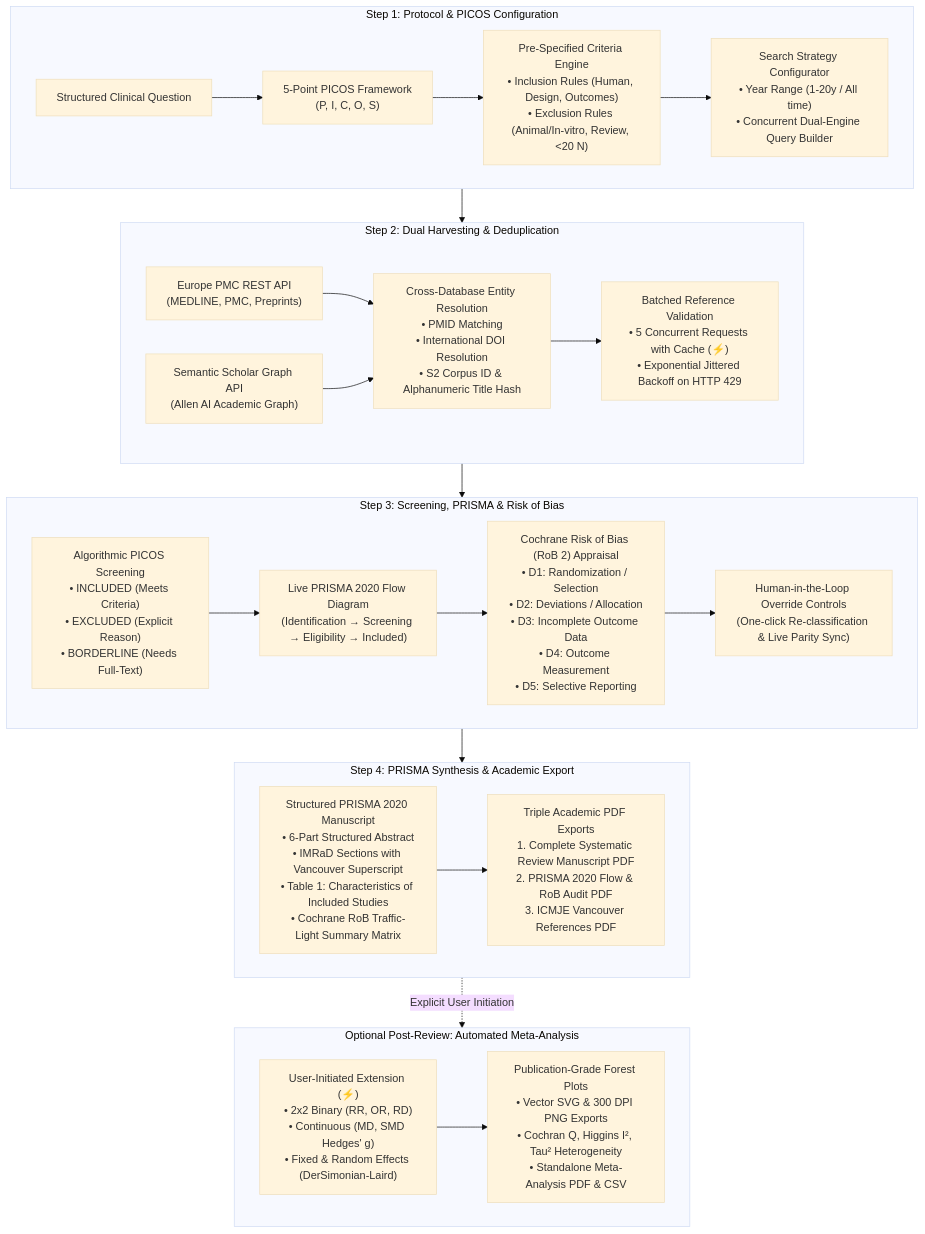
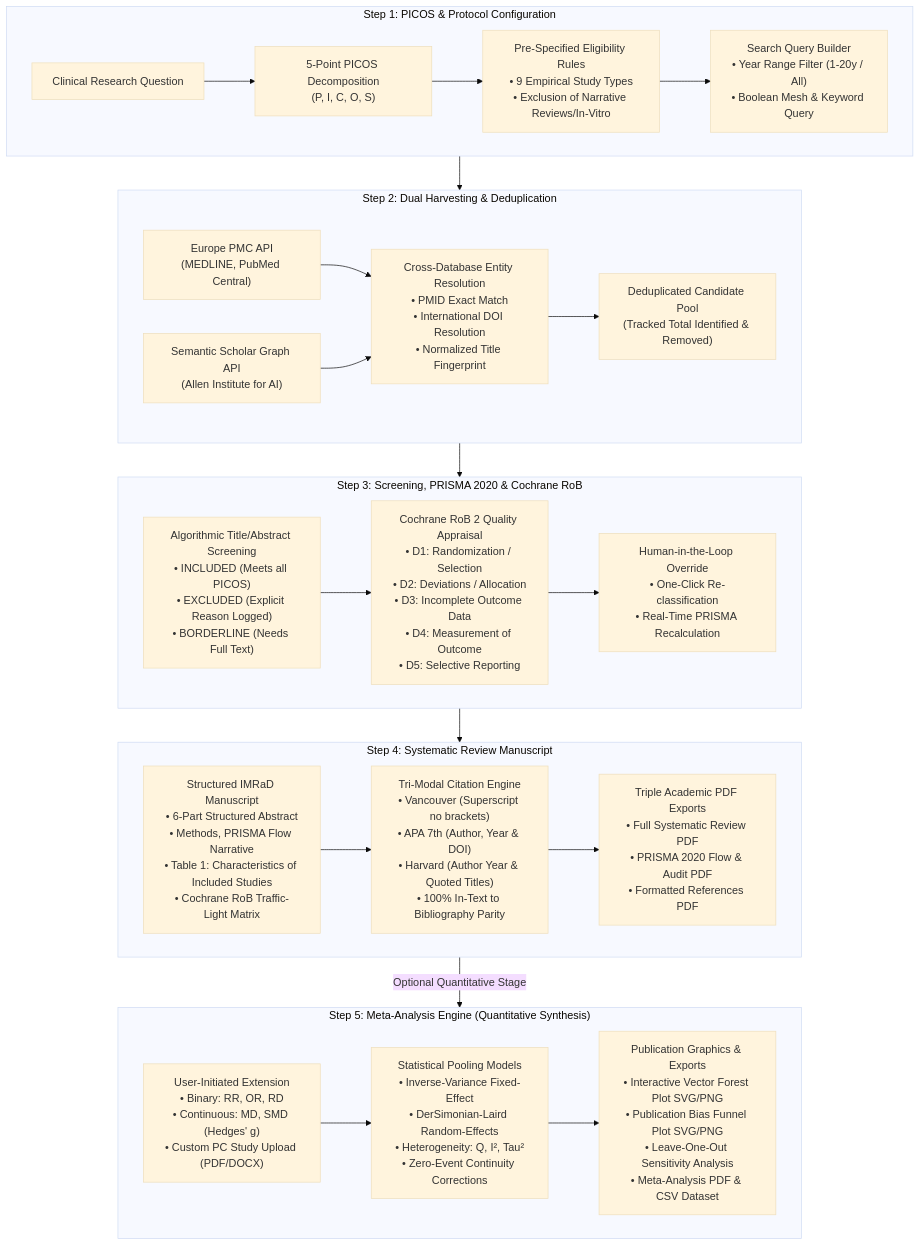
Before and after one commit to roroleaks/Sysrevai: the first of 4 diagrams in README.md, drawn with Mermaid (base theme). The commit also changed other lines of this file, not shown here.

Commit message:
Rewrite comprehensive README with 5-step pipeline architecture and complete workflow diagrams

````diff
--- a/README.md
+++ b/README.md
@@ -53,32 +101,31 @@
 ```mermaid
 flowchart TD
-    subgraph Step1["Step 1: Protocol & PICOS Configuration"]
-        A1["Structured Clinical Question"] --> A2["5-Point PICOS Framework<br/>(P, I, C, O, S)"]
-        A2 --> A3["Pre-Specified Criteria Engine<br/>• Inclusion Rules (Human, Design, Outcomes)<br/>• Exclusion Rules (Animal/In-vitro, Review, <20 N)"]
-        A3 --> A4["Search Strategy Configurator<br/>• Year Range (1-20y / All time)<br/>• Concurrent Dual-Engine Query Builder"]
+    subgraph S1["Step 1: PICOS & Protocol Configuration"]
+        A1["Clinical Research Question"] --> A2["5-Point PICOS Decomposition<br/>(P, I, C, O, S)"]
+        A2 --> A3["Pre-Specified Eligibility Rules<br/>• 9 Empirical Study Types<br/>• Exclusion of Narrative Reviews/In-Vitro"]
+        A3 --> A4["Search Query Builder<br/>• Year Range Filter (1-20y / All)<br/>• Boolean Mesh & Keyword Query"]
     end
 
-    subgraph Step2["Step 2: Dual Harvesting & Deduplication"]
-        B1["Europe PMC REST API<br/>(MEDLINE, PMC, Preprints)"] & B2["Semantic Scholar Graph API<br/>(Allen AI Academic Graph)"] --> B3["Cross-Database Entity Resolution<br/>• PMID Matching<br/>• International DOI Resolution<br/>• S2 Corpus ID & Alphanumeric Title Hash"]
-        B3 --> B4["Batched Reference Validation<br/>• 5 Concurrent Requests with Cache (⚡)<br/>• Exponential Jittered Backoff on HTTP 429"]
+    subgraph S2["Step 2: Dual Harvesting & Deduplication"]
+        B1["Europe PMC API<br/>(MEDLINE, PubMed Central)"] & B2["Semantic Scholar Graph API<br/>(Allen Institute for AI)"] --> B3["Cross-Database Entity Resolution<br/>• PMID Exact Match<br/>• International DOI Resolution<br/>• Normalized Title Fingerprint"]
+        B3 --> B4["Deduplicated Candidate Pool<br/>(Tracked Total Identified & Removed)"]
     end
 
-    subgraph Step3["Step 3: Screening, PRISMA & Risk of Bias"]
-        C1["Algorithmic PICOS Screening<br/>• INCLUDED (Meets Criteria)<br/>• EXCLUDED (Explicit Reason)<br/>• BORDERLINE (Needs Full-Text)"] --> C2["Live PRISMA 2020 Flow Diagram<br/>(Identification → Screening → Eligibility → Included)"]
-        C2 --> C3["Cochrane Risk of Bias (RoB 2) Appraisal<br/>• D1: Randomization / Selection<br/>• D2: Deviations / Allocation<br/>• D3: Incomplete Outcome Data<br/>• D4: Outcome Measurement<br/>• D5: Selective Reporting"]
-        C3 --> C4["Human-in-the-Loop Override Controls<br/>(One-click Re-classification & Live Parity Sync)"]
+    subgraph S3["Step 3: Screening, PRISMA 2020 & Cochrane RoB"]
+        C1["Algorithmic Title/Abstract Screening<br/>• INCLUDED (Meets all PICOS)<br/>• EXCLUDED (Explicit Reason Logged)<br/>• BORDERLINE (Needs Full Text)"] --> C2["Cochrane RoB 2 Quality Appraisal<br/>• D1: Randomization / Selection<br/>• D2: Deviations / Allocation<br/>• D3: Incomplete Outcome Data<br/>• D4: Measurement of Outcome<br/>• D5: Selective Reporting"]
+        C2 --> C3["Human-in-the-Loop Override<br/>• One-Click Re-classification<br/>• Real-Time PRISMA Recalculation"]
     end
 
-    subgraph Step4["Step 4: PRISMA Synthesis & Academic Export"]
-        D1["Structured PRISMA 2020 Manuscript<br/>• 6-Part Structured Abstract<br/>• IMRaD Sections with Vancouver Superscript<br/>• Table 1: Characteristics of Included Studies<br/>• Cochrane RoB Traffic-Light Summary Matrix"]
-        D1 --> D2["Triple Academic PDF Exports<br/>1. Complete Systematic Review Manuscript PDF<br/>2. PRISMA 2020 Flow & RoB Audit PDF<br/>3. ICMJE Vancouver References PDF"]
+    subgraph S4["Step 4: Systematic Review Manuscript"]
+        D1["Structured IMRaD Manuscript<br/>• 6-Part Structured Abstract<br/>• Methods, PRISMA Flow Narrative<br/>• Table 1: Characteristics of Included Studies<br/>• Cochrane RoB Traffic-Light Matrix"] --> D2["Tri-Modal Citation Engine<br/>• Vancouver (Superscript no brackets)<br/>• APA 7th (Author, Year & DOI)<br/>• Harvard (Author Year & Quoted Titles)<br/>• 100% In-Text to Bibliography Parity"]
+        D2 --> D3["Triple Academic PDF Exports<br/>• Full Systematic Review PDF<br/>• PRISMA 2020 Flow & Audit PDF<br/>• Formatted References PDF"]
     end
 
-    subgraph Step5["Optional Post-Review: Automated Meta-Analysis"]
-        E1["User-Initiated Extension (⚡)<br/>• 2x2 Binary (RR, OR, RD)<br/>• Continuous (MD, SMD Hedges' g)<br/>• Fixed & Random Effects (DerSimonian-Laird)"]
-        E1 --> E2["Publication-Grade Forest Plots<br/>• Vector SVG & 300 DPI PNG Exports<br/>• Cochran Q, Higgins I², Tau² Heterogeneity<br/>• Standalone Meta-Analysis PDF & CSV"]
+    subgraph S5["Step 5: Meta-Analysis Engine (Quantitative Synthesis)"]
+        E1["User-Initiated Extension<br/>• Binary: RR, OR, RD<br/>• Continuous: MD, SMD (Hedges' g)<br/>• Custom PC Study Upload (PDF/DOCX)"] --> E2["Statistical Pooling Models<br/>• Inverse-Variance Fixed-Effect<br/>• DerSimonian-Laird Random-Effects<br/>• Heterogeneity: Q, I², Tau²<br/>• Zero-Event Continuity Corrections"]
+        E2 --> E3["Publication Graphics & Exports<br/>• Interactive Vector Forest Plot SVG/PNG<br/>• Publication Bias Funnel Plot SVG/PNG<br/>• Leave-One-Out Sensitivity Analysis<br/>• Meta-Analysis PDF & CSV Dataset"]
     end
 
-    Step1 --> Step2 --> Step3 --> Step4
-    Step4 -. "Explicit User Initiation" .-> Step5
+    S1 --> S2 --> S3 --> S4
+    S4 -->|Optional Quantitative Stage| S5
 ```
````
